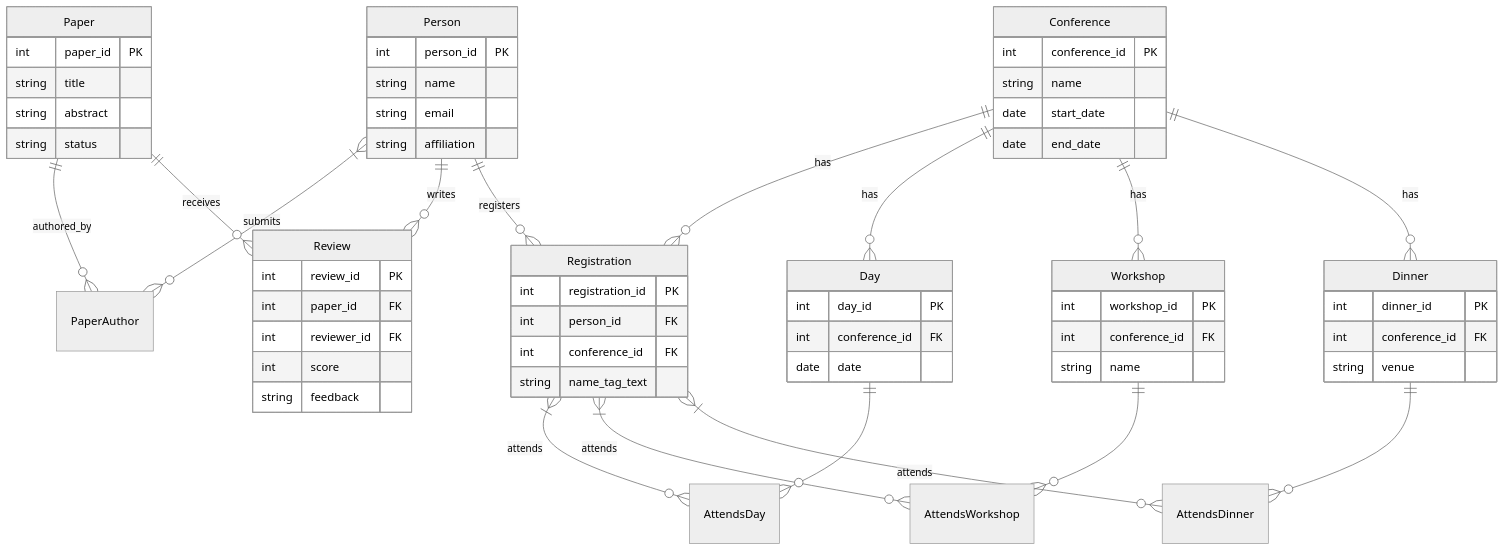
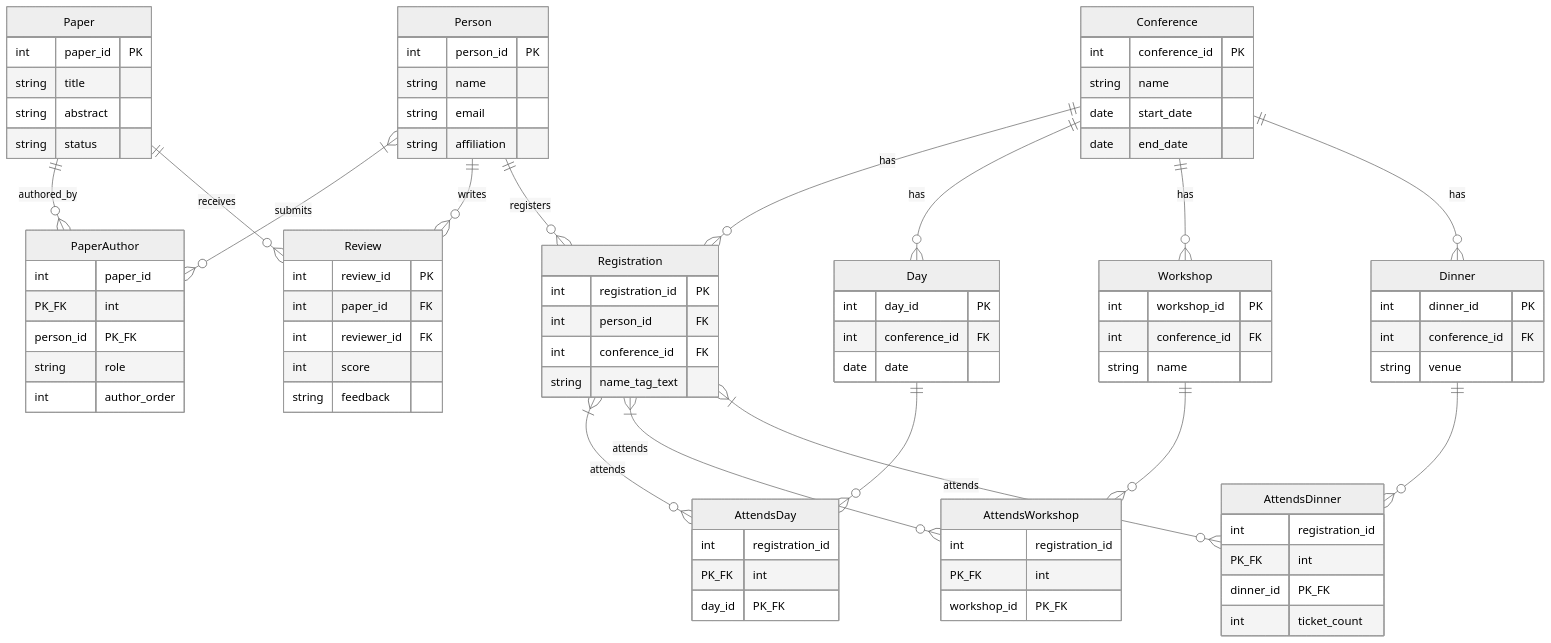
The second of 2 diagrams in past-exam-papers/mock-october-2025/solution-sheet-mock-october-2025.md (sreent/data-management-intro), drawn with Mermaid (neutral theme) before and after one commit. The commit also changed other lines of this file, not shown here.

Commit message:
Fix Mermaid erDiagram syntax issues in Mock October 2025
1. Q2(c) FRBR diagram: Fix inconsistent cardinality label
   - Changed "publishes (M:1)" to "publishes (1:M)" to match
     the ||--o{ notation which represents one-to-many

2. Q3(a) Conference diagram: Add missing junction table entities
   - PaperAuthor: paper_id, person_id, role, author_order
   - AttendsDay: registration_id, day_id
   - AttendsWorkshop: registration_id, workshop_id
   - AttendsDinner: registration_id, dinner_id, ticket_count

````diff
--- a/past-exam-papers/mock-october-2025/solution-sheet-mock-october-2025.md
+++ b/past-exam-papers/mock-october-2025/solution-sheet-mock-october-2025.md
@@ -621,4 +621,23 @@
         int conference_id FK
         string venue
     }
+    PaperAuthor {
+        int paper_id PK_FK
+        int person_id PK_FK
+        string role
+        int author_order
+    }
+    AttendsDay {
+        int registration_id PK_FK
+        int day_id PK_FK
+    }
+    AttendsWorkshop {
+        int registration_id PK_FK
+        int workshop_id PK_FK
+    }
+    AttendsDinner {
+        int registration_id PK_FK
+        int dinner_id PK_FK
+        int ticket_count
+    }
 ```
````
